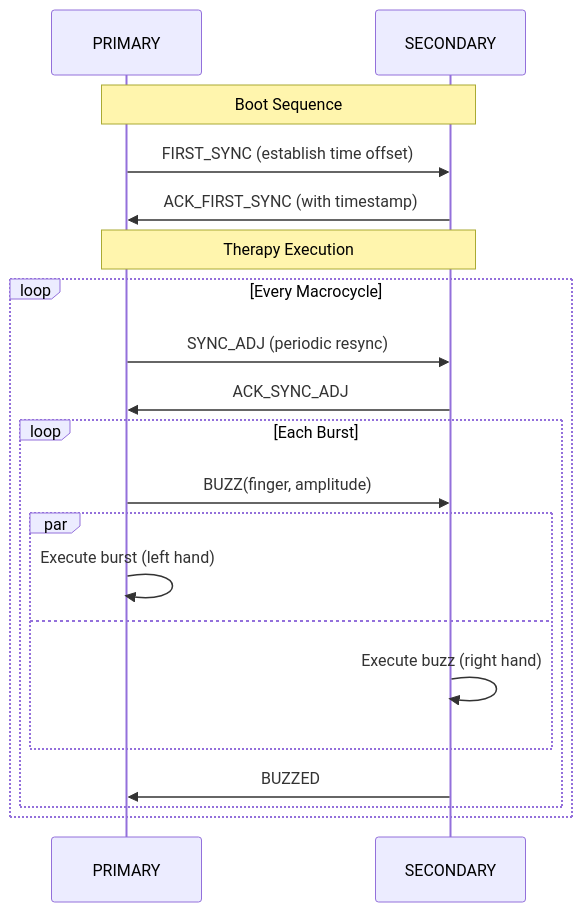
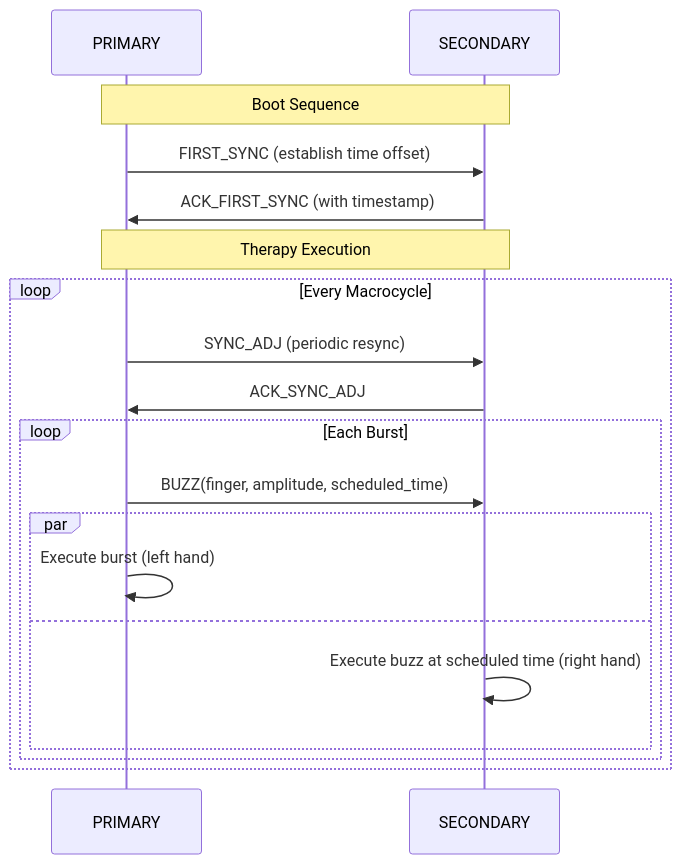
Before and after one commit to BlueBuzzah/BlueBuzzah2-Firmware: the second of 5 diagrams in docs/ARCHITECTURE.md, drawn with Mermaid. The commit also changed other lines of this file and 14 other files, not shown here.

Commit message:
Removed 'BUZZED' ack messaging from protocol to remove unnecessary overhead in favor of time-based sync protocol

````diff
--- a/docs/ARCHITECTURE.md
+++ b/docs/ARCHITECTURE.md
@@ -854,25 +854,24 @@
 ```mermaid
 sequenceDiagram
     participant P as PRIMARY
     participant S as SECONDARY
 
     Note over P,S: Boot Sequence
     P->>S: FIRST_SYNC (establish time offset)
     S->>P: ACK_FIRST_SYNC (with timestamp)
 
     Note over P,S: Therapy Execution
     loop Every Macrocycle
         P->>S: SYNC_ADJ (periodic resync)
         S->>P: ACK_SYNC_ADJ
 
         loop Each Burst
-            P->>S: BUZZ(finger, amplitude)
+            P->>S: BUZZ(finger, amplitude, scheduled_time)
             par
               P->>P: Execute burst (left hand)
             and
-              S->>S: Execute buzz (right hand)
+              S->>S: Execute buzz at scheduled time (right hand)
             end
-            S->>P: BUZZED
         end
     end
 ```
````
